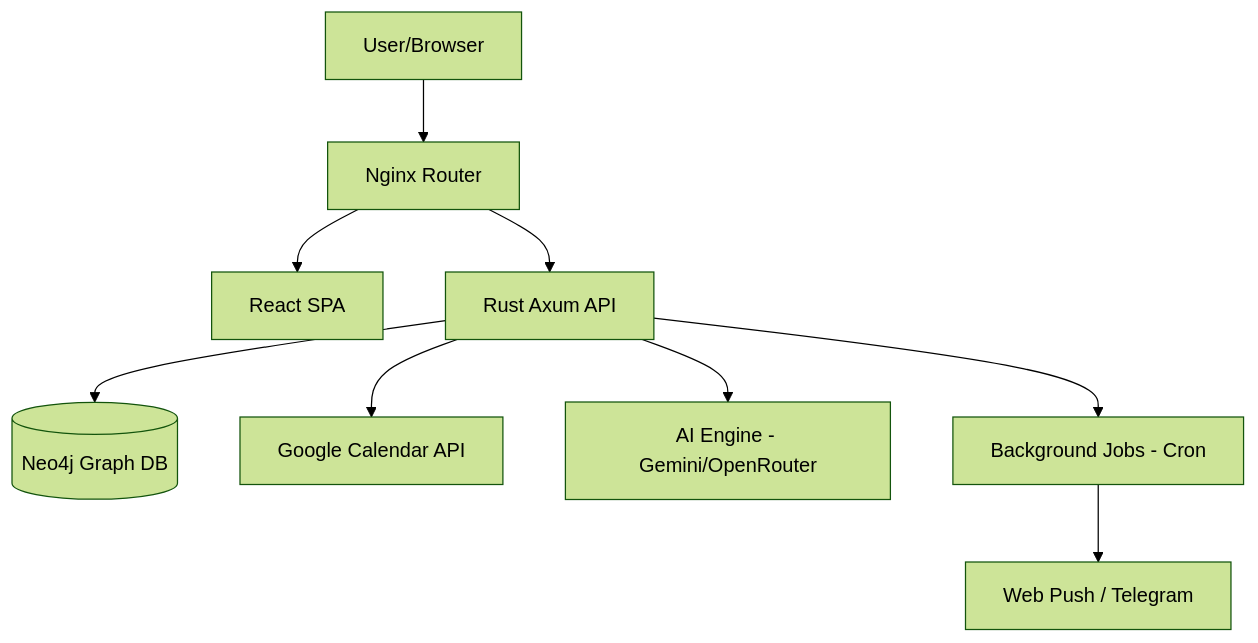
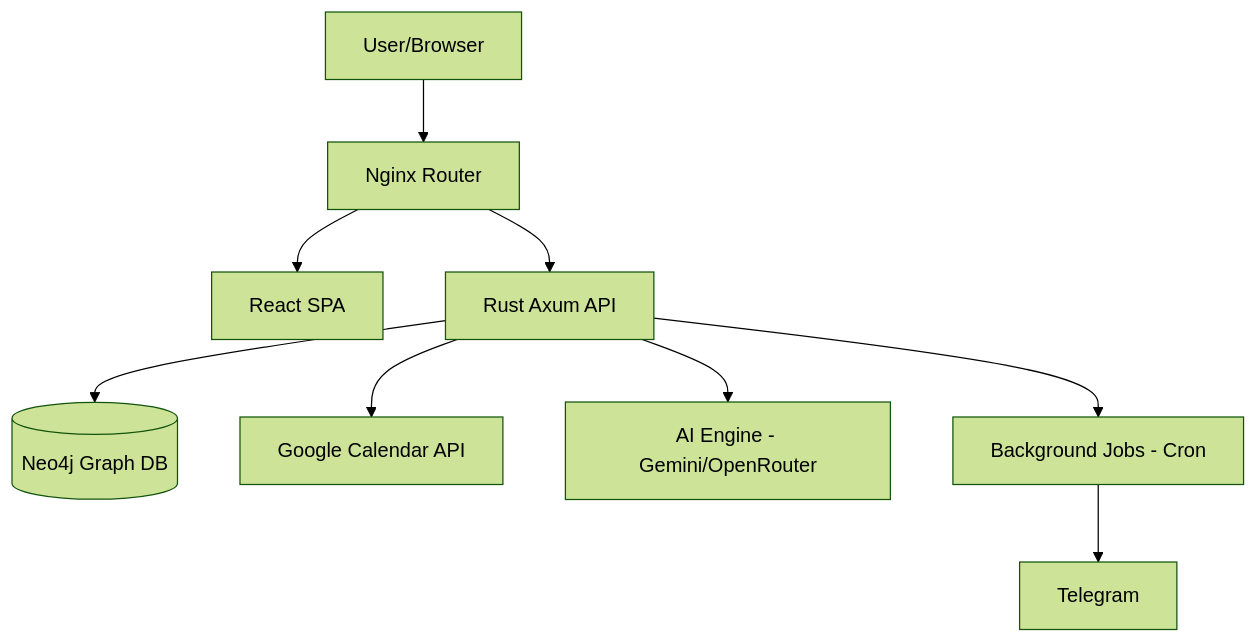
The diagram in README.md (Andrew50/goals), drawn with Mermaid (forest theme) before and after one commit. The commit also changed other lines of this file, not shown here.

````diff
--- a/README.md
+++ b/README.md
@@ -32,11 +32,11 @@
 ```mermaid
 graph TD
     User[User/Browser] --> Nginx[Nginx Router]
     Nginx --> Frontend[React SPA]
     Nginx --> Backend[Rust Axum API]
     Backend --> Neo4j[(Neo4j Graph DB)]
     Backend --> GCal[Google Calendar API]
     Backend --> AI[AI Engine - Gemini/OpenRouter]
     Backend --> Jobs[Background Jobs - Cron]
-    Jobs --> Notify[Web Push / Telegram]
+    Jobs --> Notify[Telegram]
 ```
````
